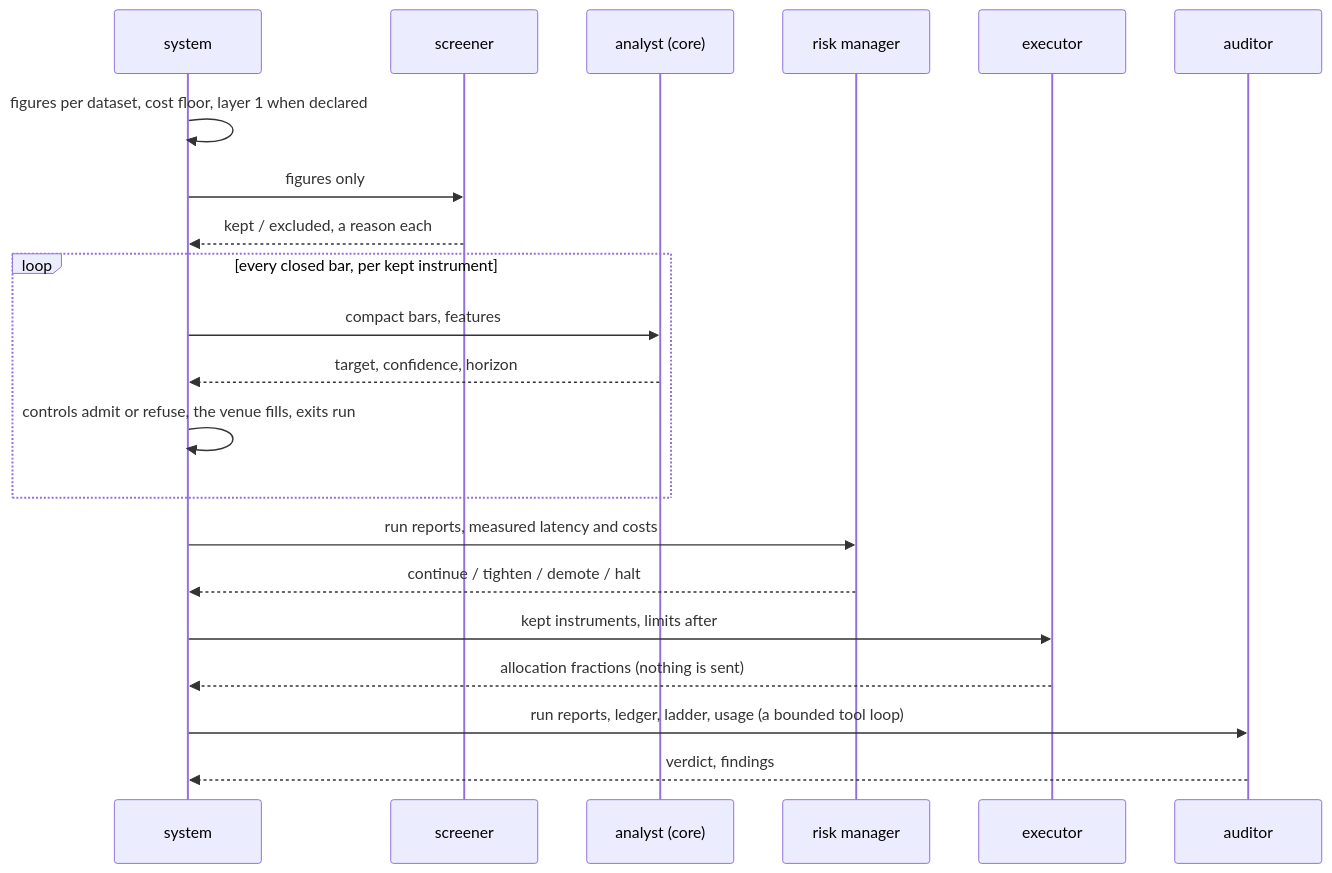
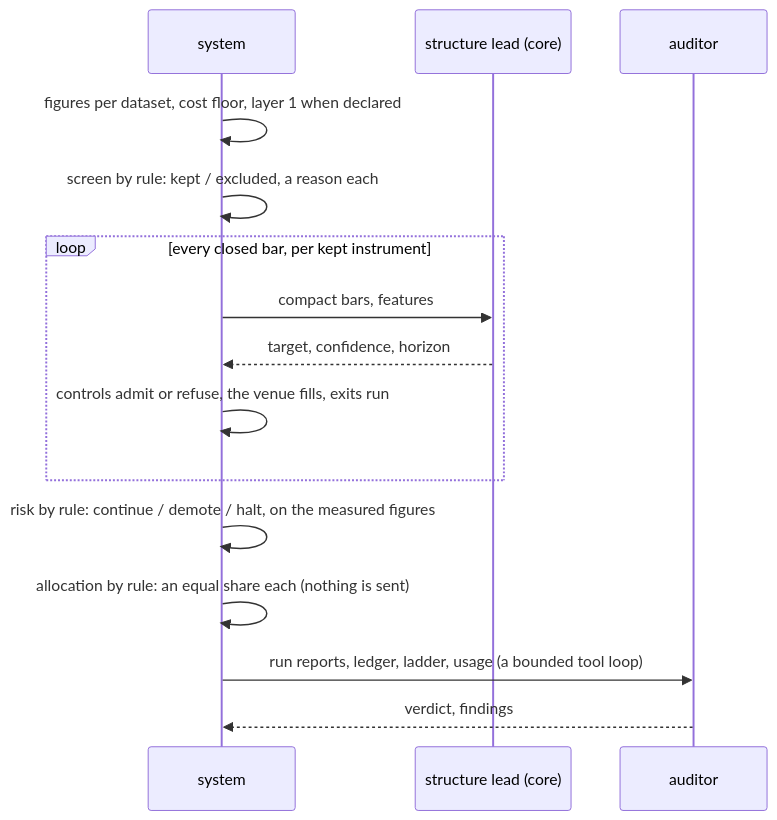
The third of 3 diagrams in docs/opensource/architecture.md (BijectiveLabs/bitra), drawn with Mermaid before and after one commit. The commit also changed other lines of this file and 11 other files, not shown here.

````diff
--- a/docs/opensource/architecture.md
+++ b/docs/opensource/architecture.md
@@ -242,23 +242,17 @@
 ```mermaid
 sequenceDiagram
     participant C as system
-    participant S as screener
-    participant A as analyst (core)
-    participant R as risk manager
-    participant E as executor
+    participant A as structure lead (core)
     participant U as auditor
     C->>C: figures per dataset, cost floor, layer 1 when declared
-    C->>S: figures only
-    S-->>C: kept / excluded, a reason each
+    C->>C: screen by rule: kept / excluded, a reason each
     loop every closed bar, per kept instrument
         C->>A: compact bars, features
         A-->>C: target, confidence, horizon
         C->>C: controls admit or refuse, the venue fills, exits run
     end
-    C->>R: run reports, measured latency and costs
-    R-->>C: continue / tighten / demote / halt
-    C->>E: kept instruments, limits after
-    E-->>C: allocation fractions (nothing is sent)
+    C->>C: risk by rule: continue / demote / halt, on the measured figures
+    C->>C: allocation by rule: an equal share each (nothing is sent)
     C->>U: run reports, ledger, ladder, usage (a bounded tool loop)
     U-->>C: verdict, findings
 ```
````
